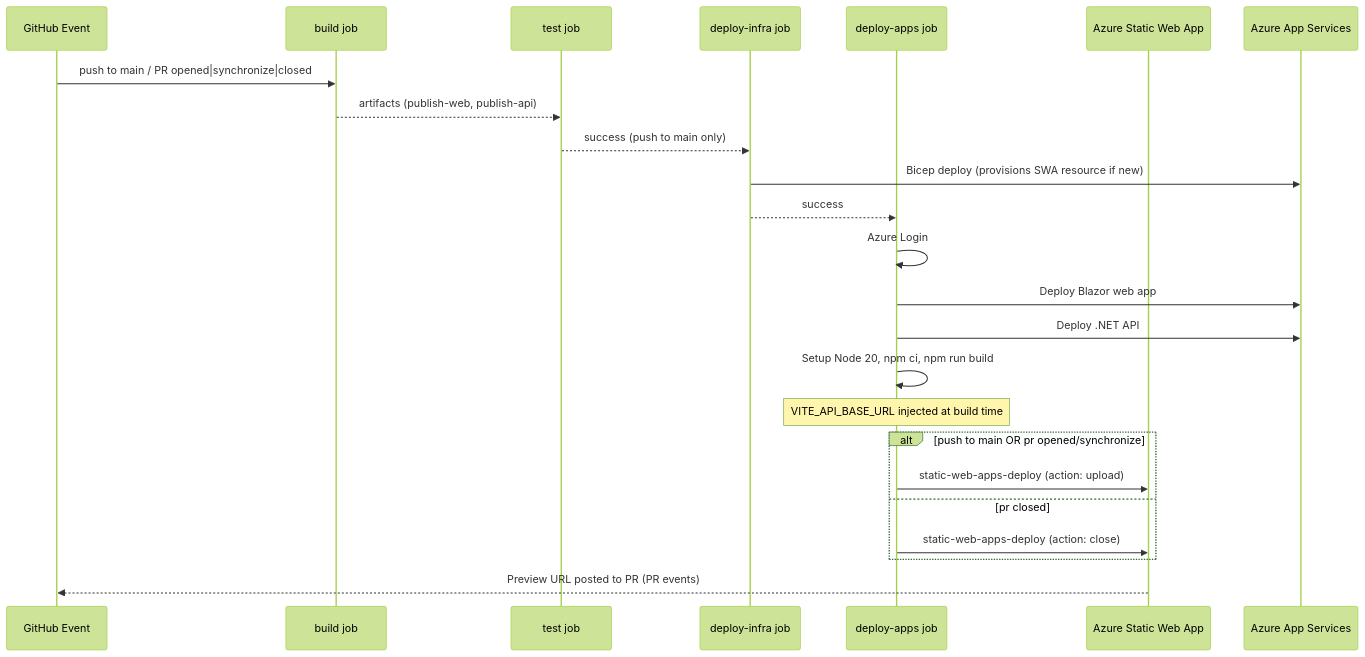
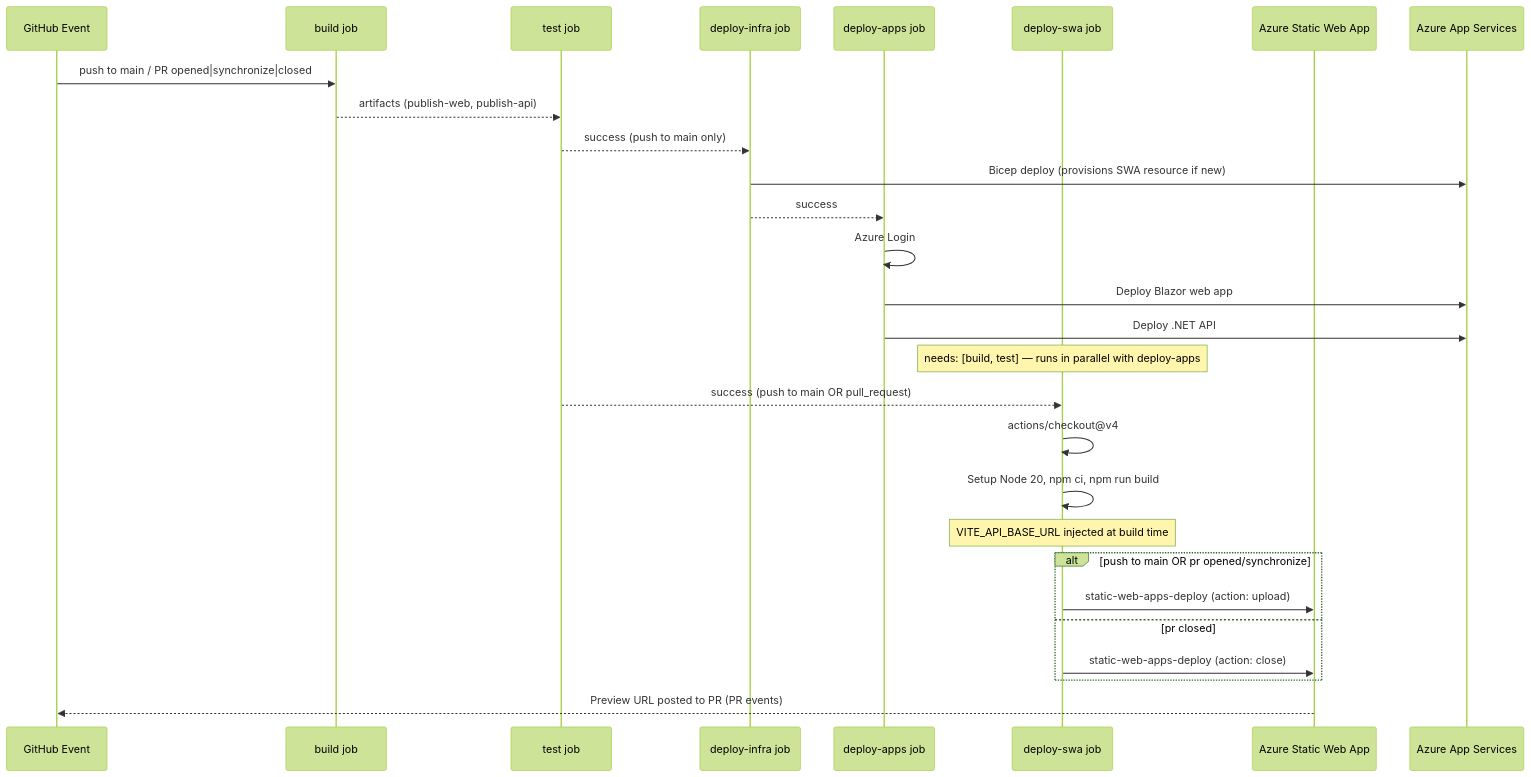
Before and after one commit to xenobiasoft/sudoku: the second of 2 diagrams in docs/specs/setup-deployment-react-static-web-app.md, drawn with Mermaid (forest theme). The commit also changed other lines of this file, not shown here.

First line of the commit message:
docs: update spec to introduce standalone deploy-swa job and annotate Bicep API key output

````diff
--- a/docs/specs/setup-deployment-react-static-web-app.md
+++ b/docs/specs/setup-deployment-react-static-web-app.md
@@ -104,31 +104,36 @@
 ```mermaid
 sequenceDiagram
     participant GH as GitHub Event
     participant Build as build job
     participant Test as test job
     participant Infra as deploy-infra job
     participant Apps as deploy-apps job
+    participant SWAJob as deploy-swa job
     participant SWA as Azure Static Web App
     participant Azure as Azure App Services
 
     GH->>Build: push to main / PR opened|synchronize|closed
     Build-->>Test: artifacts (publish-web, publish-api)
     Test-->>Infra: success (push to main only)
     Infra->>Azure: Bicep deploy (provisions SWA resource if new)
     Infra-->>Apps: success
 
     Apps->>Apps: Azure Login
     Apps->>Azure: Deploy Blazor web app
     Apps->>Azure: Deploy .NET API
 
-    Apps->>Apps: Setup Node 20, npm ci, npm run build
-    Note over Apps: VITE_API_BASE_URL injected at build time
+    Note over SWAJob: needs: [build, test] — runs in parallel with deploy-apps
+
+    Test-->>SWAJob: success (push to main OR pull_request)
+    SWAJob->>SWAJob: actions/checkout@v4
+    SWAJob->>SWAJob: Setup Node 20, npm ci, npm run build
+    Note over SWAJob: VITE_API_BASE_URL injected at build time
 
     alt push to main OR pr opened/synchronize
-        Apps->>SWA: static-web-apps-deploy (action: upload)
+        SWAJob->>SWA: static-web-apps-deploy (action: upload)
     else pr closed
-        Apps->>SWA: static-web-apps-deploy (action: close)
+        SWAJob->>SWA: static-web-apps-deploy (action: close)
     end
 
     SWA-->>GH: Preview URL posted to PR (PR events)
 ```
````
